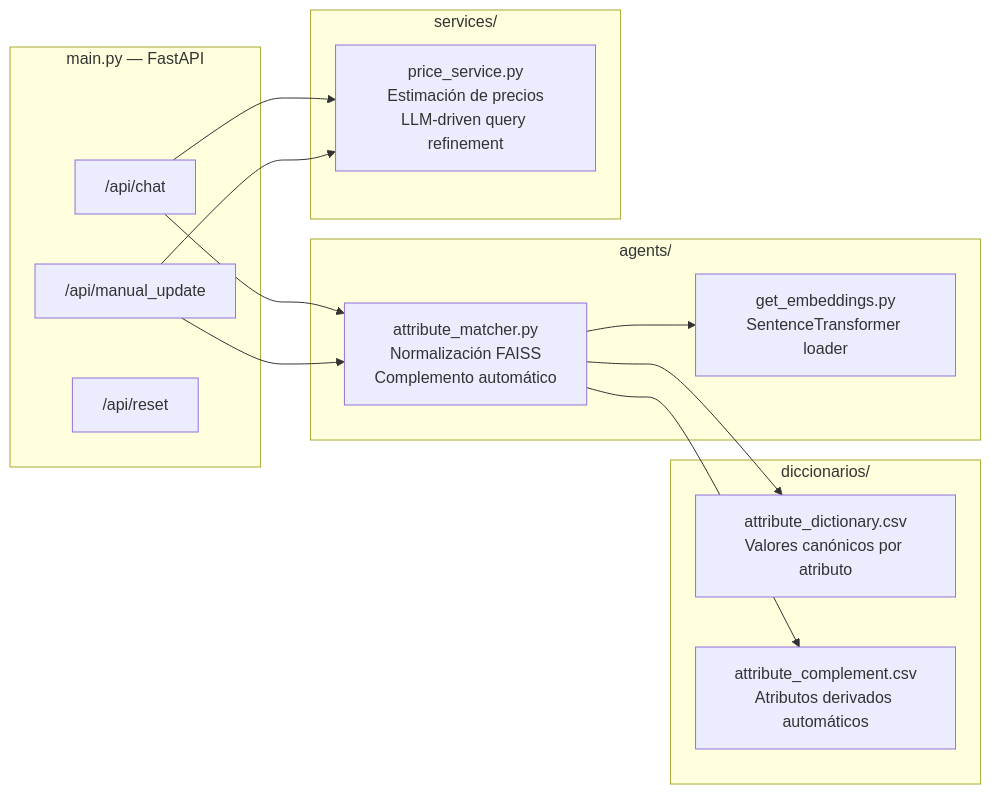
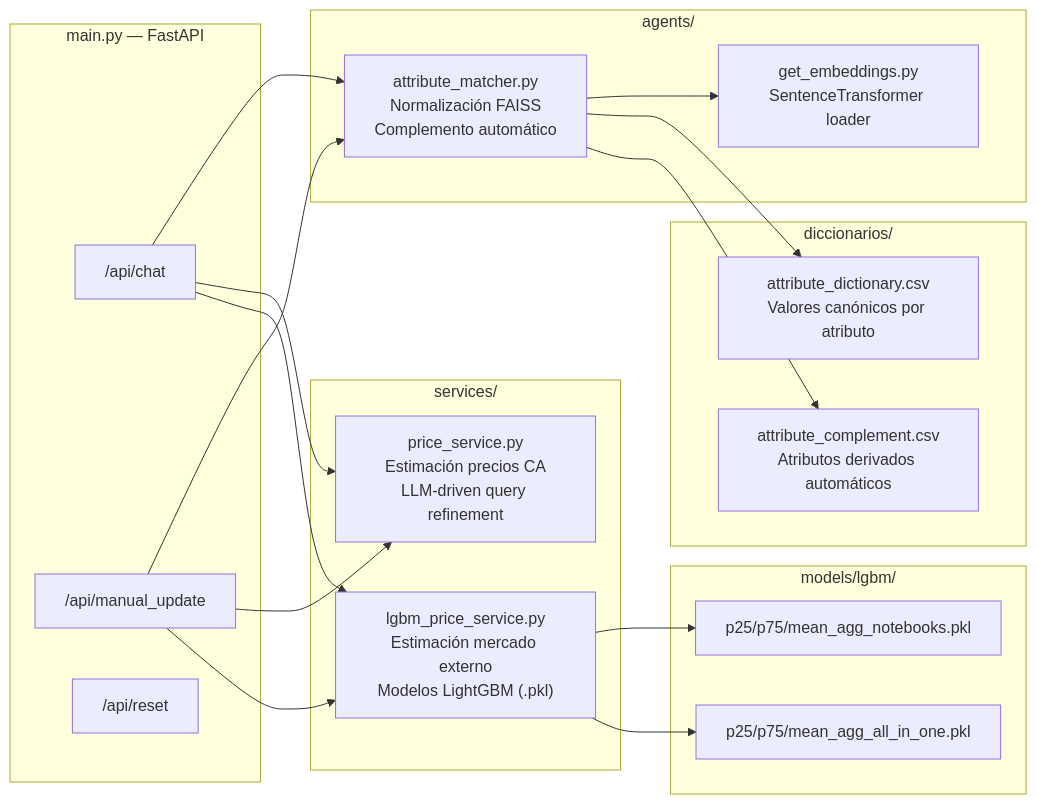
The third of 5 diagrams in README.md (eduardomoyab/MVP1-AIChileCompra-backend), drawn with Mermaid before and after one commit. The commit also changed other lines of this file and 11 other files, not shown here.

````diff
--- a/README.md
+++ b/README.md
@@ -87,30 +91,40 @@
 ```mermaid
 graph LR
     subgraph main["main.py — FastAPI"]
         EP1["/api/chat"]
         EP2["/api/manual_update"]
         EP3["/api/reset"]
     end
 
     subgraph agents["agents/"]
         AM["attribute_matcher.py\nNormalización FAISS\nComplemento automático"]
         GE["get_embeddings.py\nSentenceTransformer loader"]
     end
 
     subgraph services["services/"]
-        PS["price_service.py\nEstimación de precios\nLLM-driven query refinement"]
+        PS["price_service.py\nEstimación precios CA\nLLM-driven query refinement"]
+        LS["lgbm_price_service.py\nEstimación mercado externo\nModelos LightGBM (.pkl)"]
     end
 
     subgraph data["diccionarios/"]
         D1["attribute_dictionary.csv\nValores canónicos por atributo"]
         D2["attribute_complement.csv\nAtributos derivados automáticos"]
     end
 
+    subgraph models["models/lgbm/"]
+        M1["p25/p75/mean_agg_notebooks.pkl"]
+        M2["p25/p75/mean_agg_all_in_one.pkl"]
+    end
+
     EP1 --> AM
     EP2 --> AM
     EP1 --> PS
     EP2 --> PS
+    EP1 --> LS
+    EP2 --> LS
     AM --> GE
     AM --> D1
     AM --> D2
+    LS --> M1
+    LS --> M2
 ```
````
